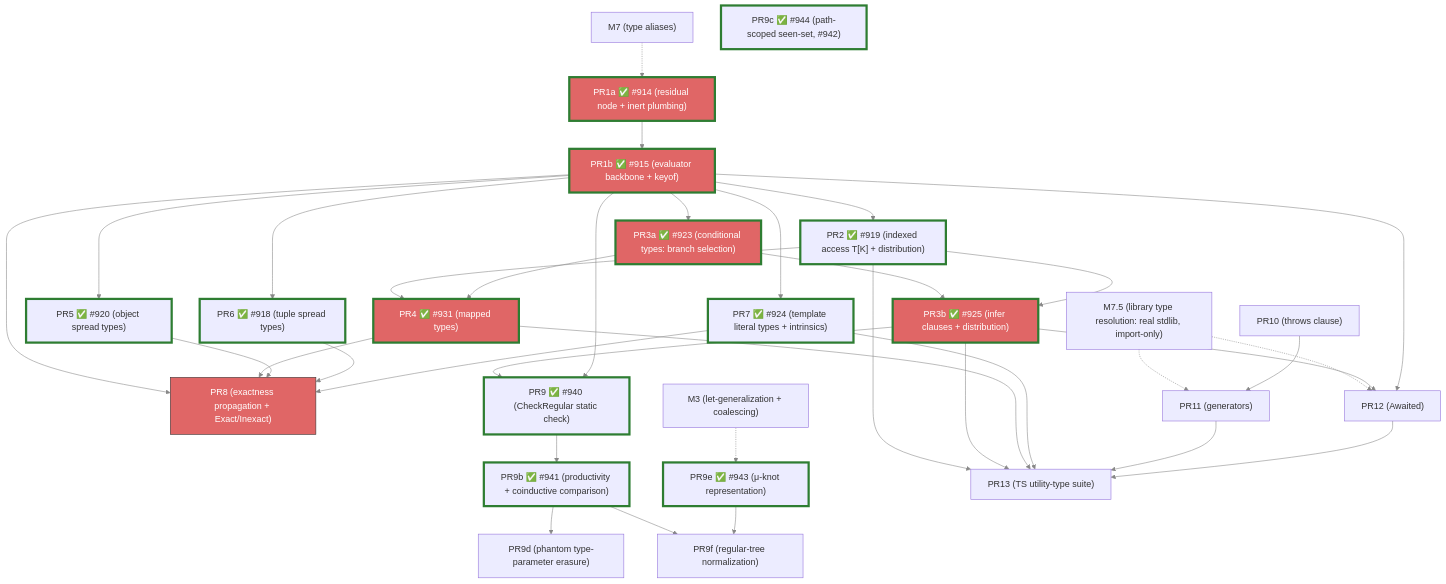
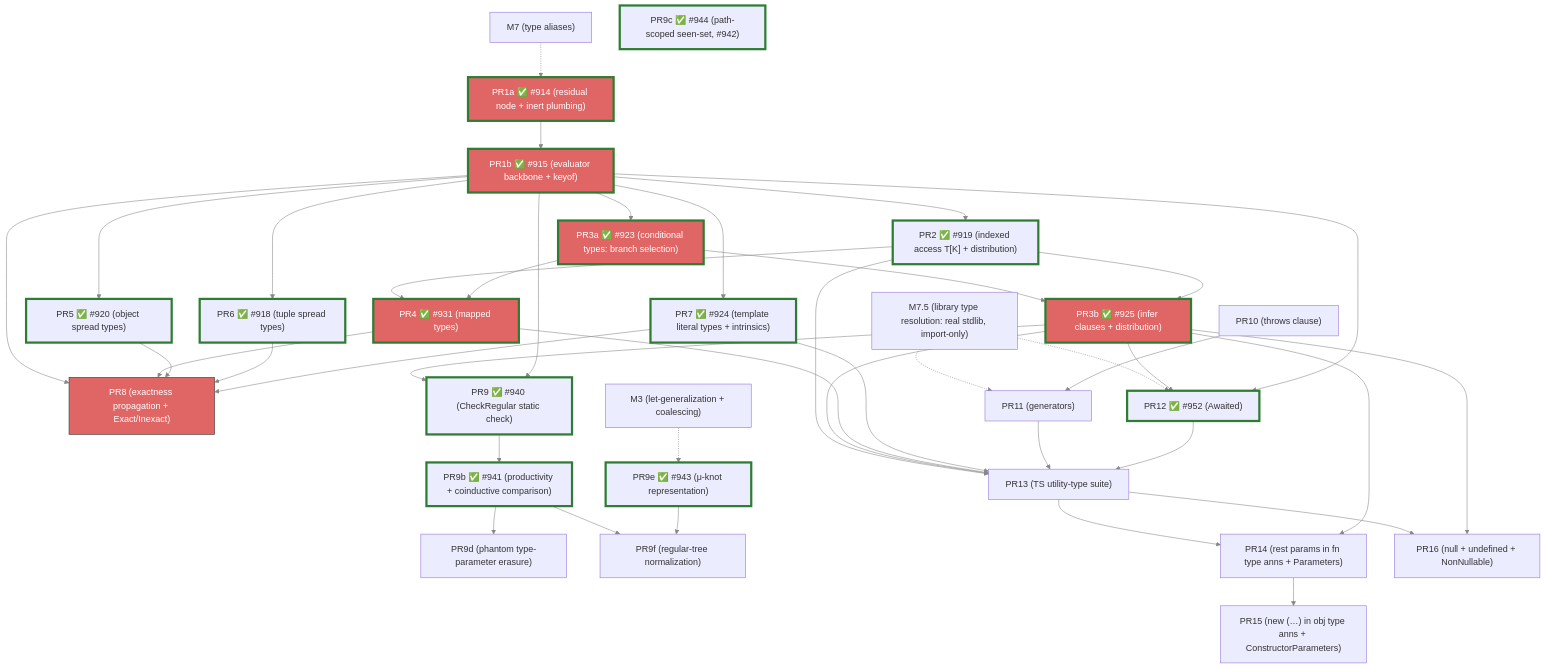
Before and after one commit to escalier-lang/escalier: the diagram in planning/simple_sub/m9-implementation-plan.md, drawn with Mermaid. The commit also changed other lines of this file and 3 other files, not shown here.

````diff
--- a/planning/simple_sub/m9-implementation-plan.md
+++ b/planning/simple_sub/m9-implementation-plan.md
@@ -886,8 +1248,11 @@
     M3["M3 (let-generalization + coalescing)"]
     PR10["PR10 (throws clause)"]
     PR11["PR11 (generators)"]
-    PR12["PR12 (Awaited<T>)"]
+    PR12["PR12 ✅ #952 (Awaited<T>)"]
     PR13["PR13 (TS utility-type suite)"]
+    PR14["PR14 (rest params in fn type anns + Parameters<F>)"]
+    PR15["PR15 (new (…) in obj type anns + ConstructorParameters<C>)"]
+    PR16["PR16 (null + undefined + NonNullable<T>)"]
 
     M7 -.-> PR1a
     M75 -.-> PR11
@@ -924,6 +1289,11 @@
     PR10 --> PR11
     PR11 --> PR13
     PR12 --> PR13
+    PR13 --> PR14
+    PR3b --> PR14
+    PR14 --> PR15
+    PR13 --> PR16
+    PR3b --> PR16
 
     linkStyle default stroke:#888
     style PR1a fill:#e06666,stroke:#2e7d32,stroke-width:4px,color:#fff
@@ -940,4 +1310,5 @@
     style PR9b stroke:#2e7d32,stroke-width:4px
     style PR9c stroke:#2e7d32,stroke-width:4px
     style PR9e stroke:#2e7d32,stroke-width:4px
+    style PR12 stroke:#2e7d32,stroke-width:4px
 ```
````
